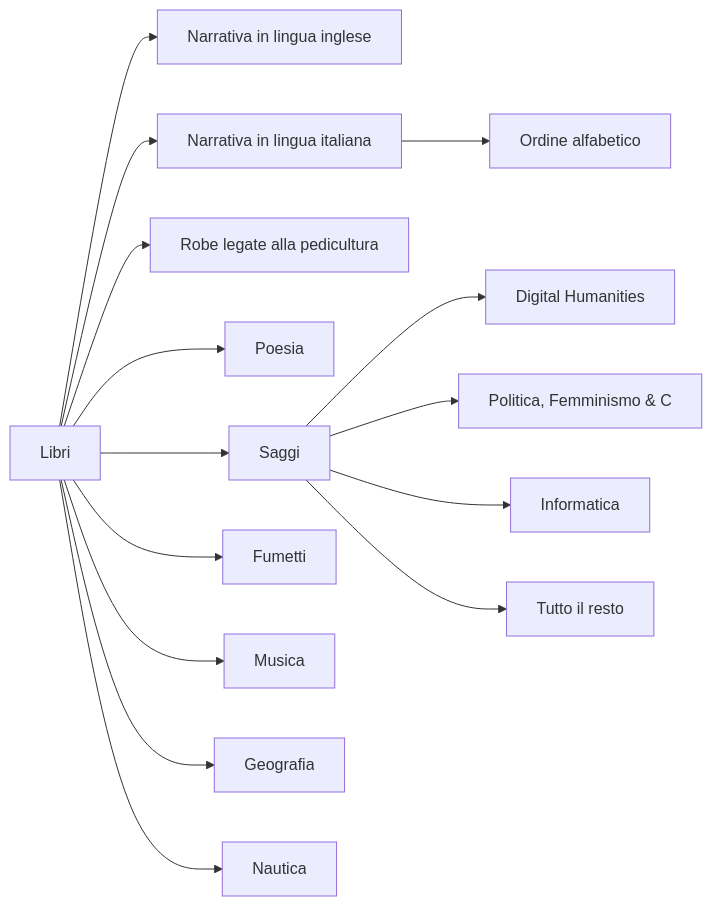
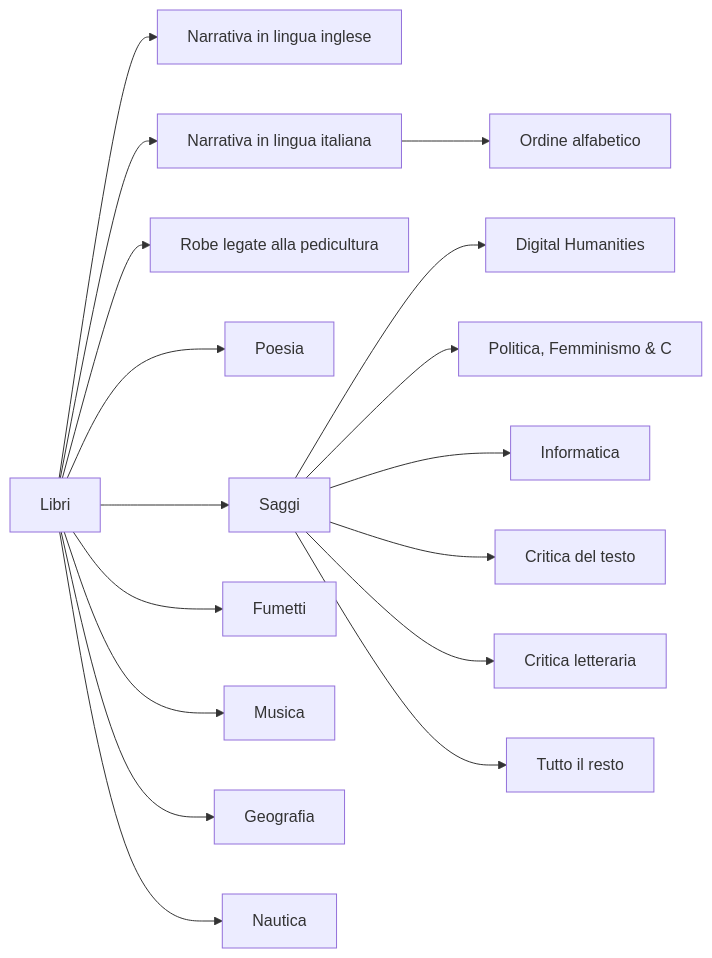
Before and after one commit to thembi-me/teppi: the diagram in _posts/2023-06-26-libri.md, drawn with Mermaid.

Commit message:
Critica letteraria e del testo

````diff
--- a/_posts/2023-06-26-libri.md
+++ b/_posts/2023-06-26-libri.md
@@ -53,27 +53,31 @@
 ```mermaid
 graph LR;
     Nen[Narrativa in lingua inglese]
     N[Narrativa in lingua italiana]
     Bimbi[Robe legate alla pedicultura]
     DH[Digital Humanities]
     P[Politica, Femminismo & C]
     Resto[Tutto il resto]
     OA[Ordine alfabetico]
+    Critica[Critica del testo]
+    CriticaL[Critica letteraria]
 
     Libri-->N;
     Libri-->Nen;
     Libri-->Poesia;
     Libri-->Saggi;
     Libri-->Fumetti;
     Libri-->Musica;
     Libri-->Geografia;
     Libri-->Nautica;
     Libri-->Bimbi;
 
     Saggi-->DH;
     Saggi-->P;
     Saggi-->Informatica;
+    Saggi-->Critica;
+    Saggi-->CriticaL;
     Saggi-->Resto;
 
     N-->OA;
 ```
````
